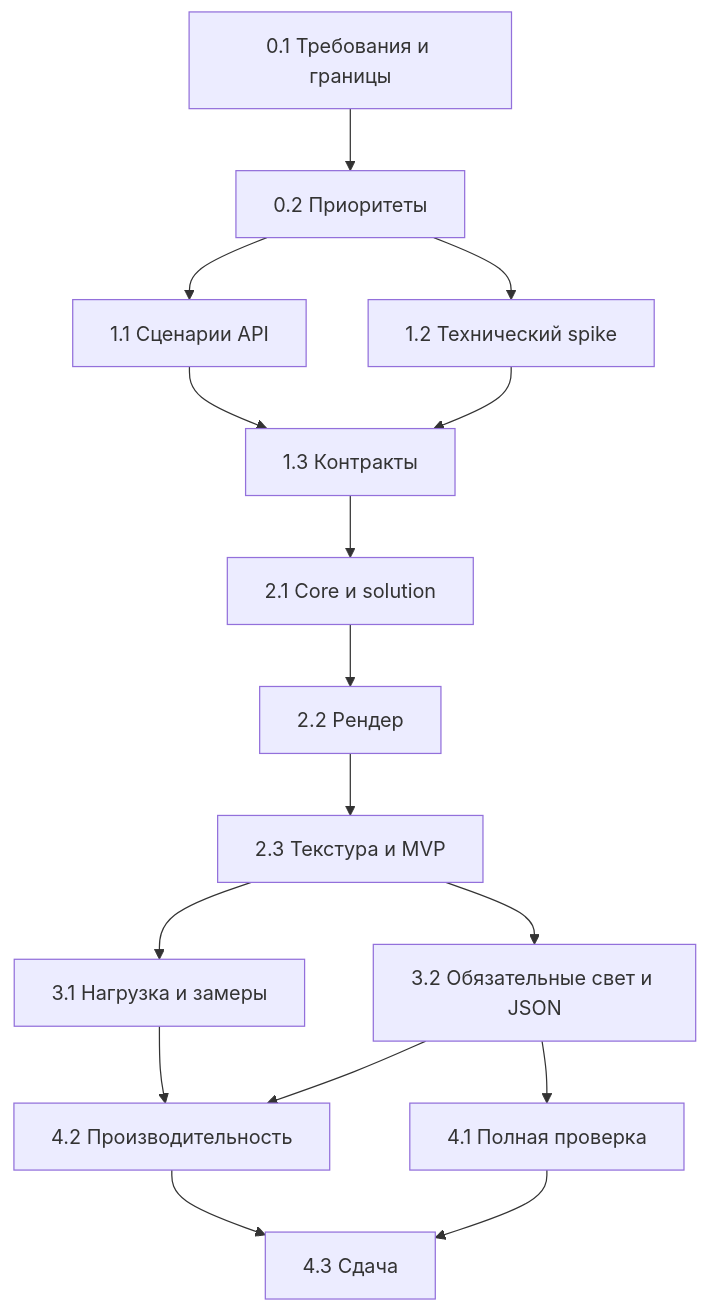
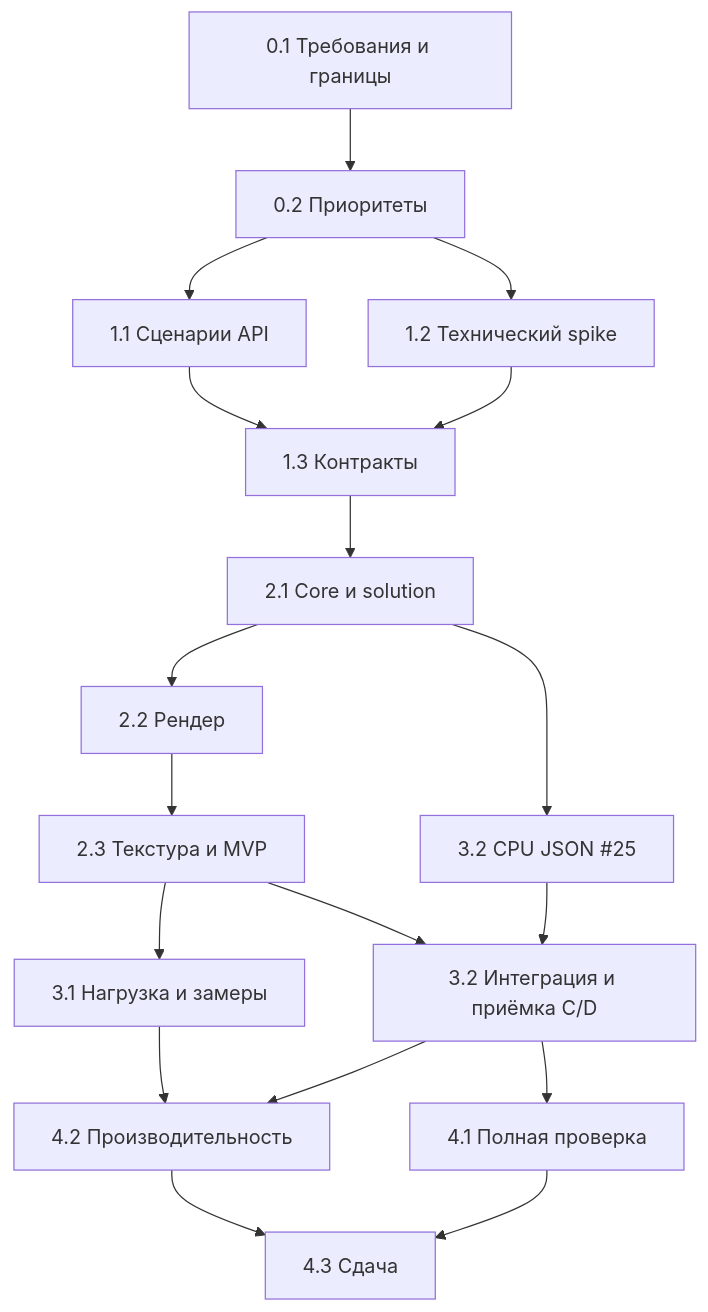
One commit to alken1t15/simple-3d-engine changed the second of 2 diagrams in project_plan.md. Above: the diagram before and after it, drawn with Mermaid. The commit also changed other lines of this file and 3 other files, not shown here.

Commit message:
docs: reconcile architecture and implementation plan

````diff
--- a/project_plan.md
+++ b/project_plan.md
@@ -380,18 +380,20 @@
 ```mermaid
 flowchart TD
     A[0.1 Требования и границы] --> B[0.2 Приоритеты]
     B --> C[1.1 Сценарии API]
     B --> D[1.2 Технический spike]
     C --> E[1.3 Контракты]
     D --> E
     E --> F[2.1 Core и solution]
     F --> G[2.2 Рендер]
+    F --> N[3.2 CPU JSON #25]
     G --> H[2.3 Текстура и MVP]
     H --> I[3.1 Нагрузка и замеры]
-    H --> J[3.2 Обязательные свет и JSON]
+    H --> J[3.2 Интеграция и приёмка C/D]
+    N --> J
     I --> K[4.2 Производительность]
     J --> K
     J --> L[4.1 Полная проверка]
     K --> M[4.3 Сдача]
     L --> M
 ```
````
